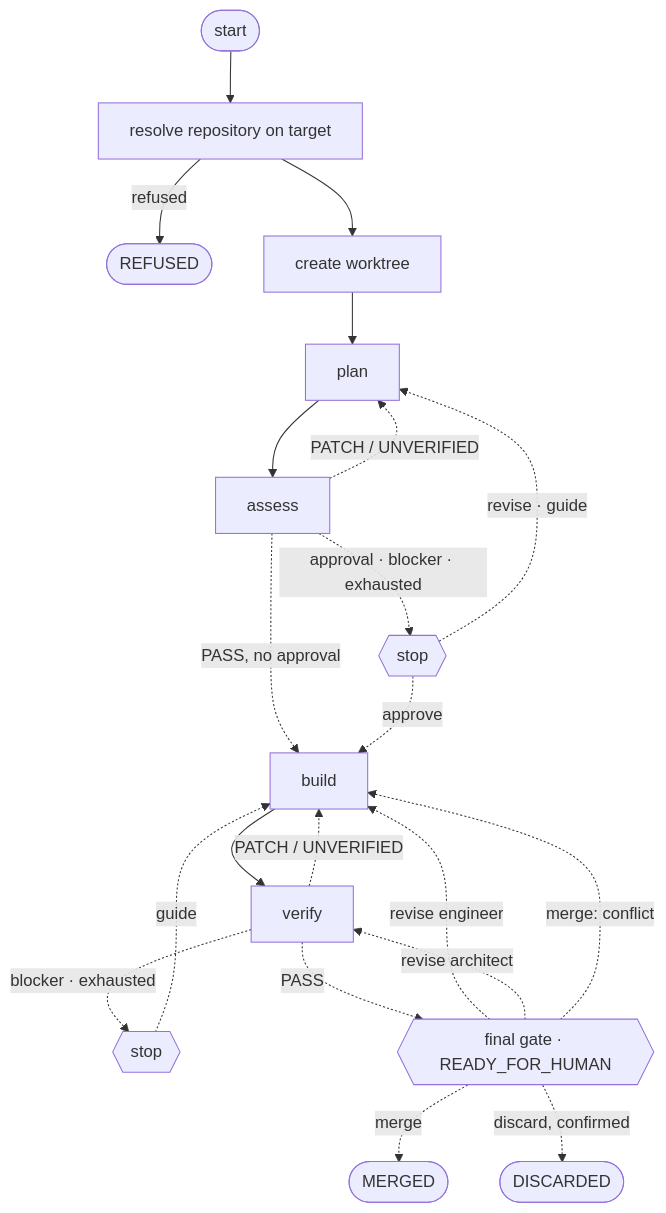
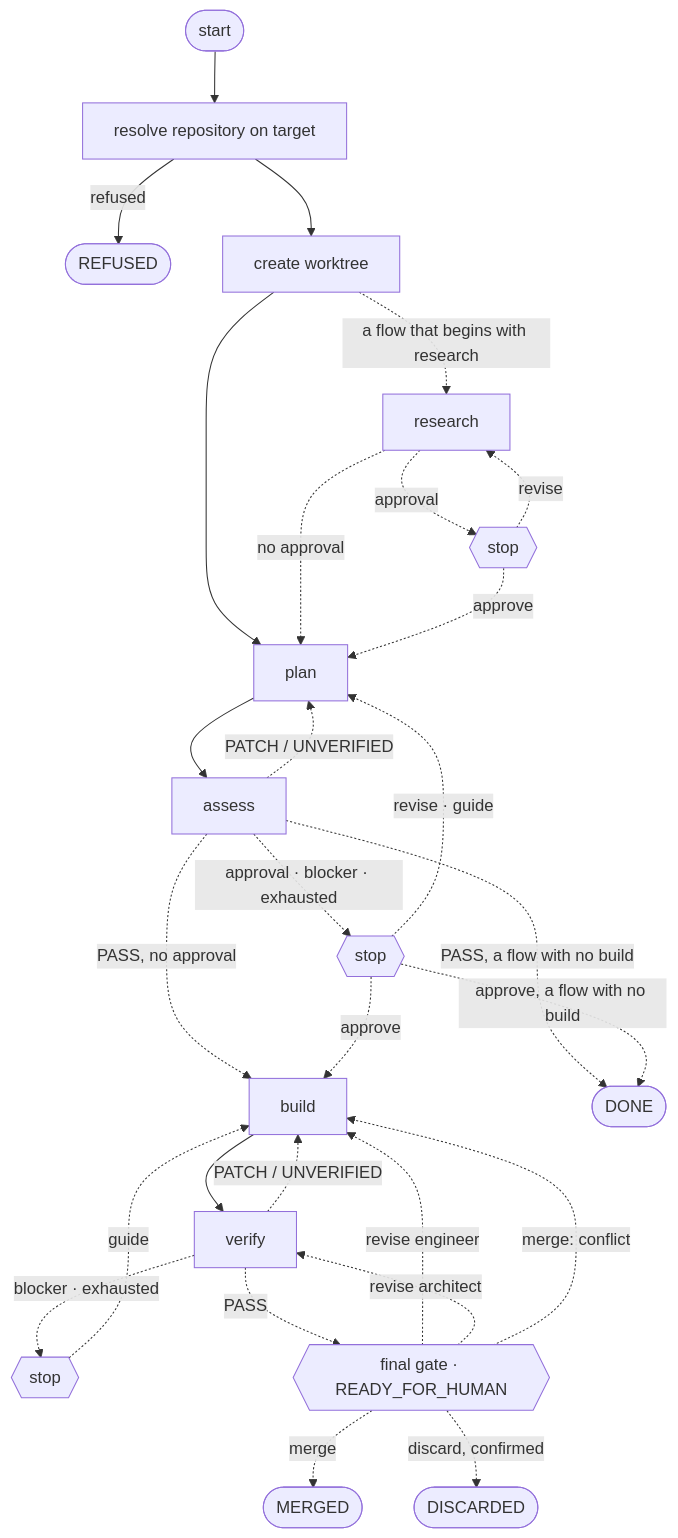
Before and after one commit to 6r0m/orchestra: the diagram in docs/architecture/diagrams/stops.md, drawn with Mermaid. The commit also changed other lines of this file and 44 other files, not shown here.

First line of the commit message:
Add a research stage to the workflow, with its own ask and review, and document the new flow system.

````diff
--- a/docs/architecture/diagrams/stops.md
+++ b/docs/architecture/diagrams/stops.md
@@ -7,21 +7,28 @@
 ```mermaid
 graph TD
     start([start]) --> prepare[resolve repository on target] -->|refused| refused([REFUSED])
     prepare --> worktree[create worktree] --> plan
+    worktree -. "a flow that begins with research" .-> research
+    research -. approval .-> stop0{{stop}}
+    research -. "no approval" .-> plan
+    stop0 -. approve .-> plan
+    stop0 -. revise .-> research
     plan --> assess
     assess -. PATCH / UNVERIFIED .-> plan
     assess -. "PASS, no approval" .-> build
     assess -. "approval · blocker · exhausted" .-> stop1{{stop}}
     stop1 -. approve .-> build
     stop1 -. "revise · guide" .-> plan
+    assess -. "PASS, a flow with no build" .-> done([DONE])
+    stop1 -. "approve, a flow with no build" .-> done
     build --> verify
     verify -. PATCH / UNVERIFIED .-> build
     verify -. "blocker · exhausted" .-> stop2{{stop}}
     stop2 -. guide .-> build
     verify -. PASS .-> final{{final gate · READY_FOR_HUMAN}}
     final -. "revise engineer" .-> build
     final -. "revise architect" .-> verify
     final -. "merge: conflict" .-> build
     final -. "merge" .-> merged([MERGED])
     final -. "discard, confirmed" .-> discarded([DISCARDED])
 ```
````
